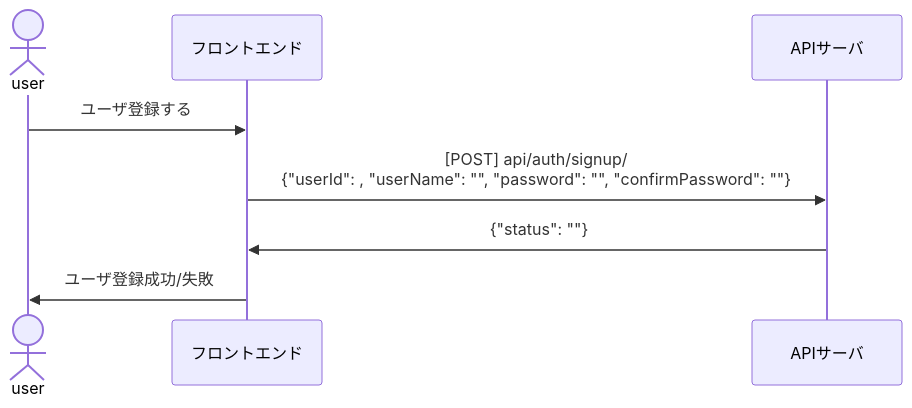
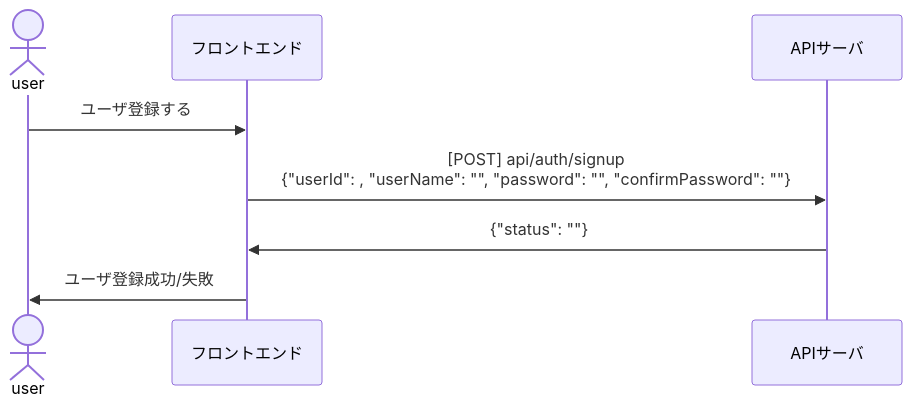
One commit to betashort/rok_webapp changed the first of 6 diagrams in design/README.md. Above: the diagram before and after it, drawn with Mermaid. The commit also changed other lines of this file, not shown here.

````diff
--- a/design/README.md
+++ b/design/README.md
@@ -29,13 +45,13 @@
 ```mermaid
 
 sequenceDiagram
     actor user
     participant front as フロントエンド
     participant server as APIサーバ
     
     user ->> front: ユーザ登録する 
-    front ->> server: [POST] api/auth/signup/ <br> {"userId": , "userName": "", "password": "", "confirmPassword": ""}
+    front ->> server: [POST] api/auth/signup <br> {"userId": , "userName": "", "password": "", "confirmPassword": ""}
     server ->> front: {"status": ""}
     front ->> user: ユーザ登録成功/失敗
     
 ```
````
